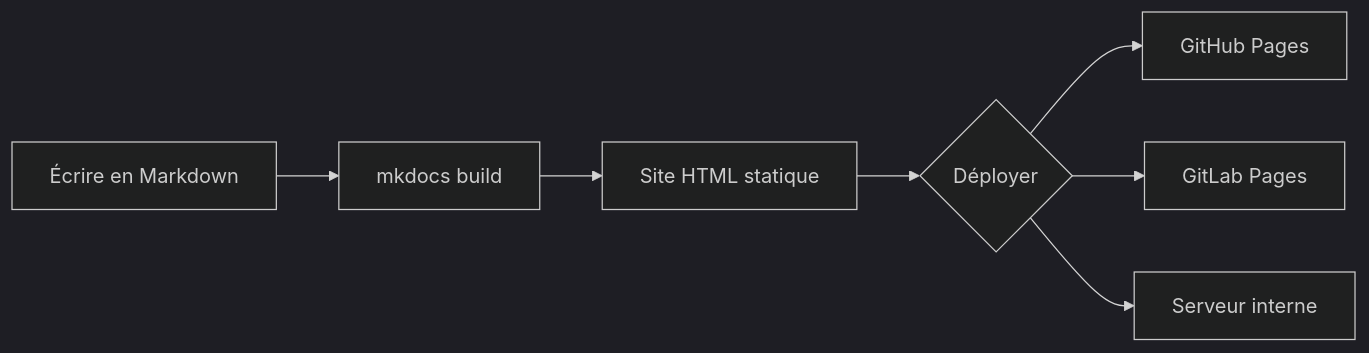
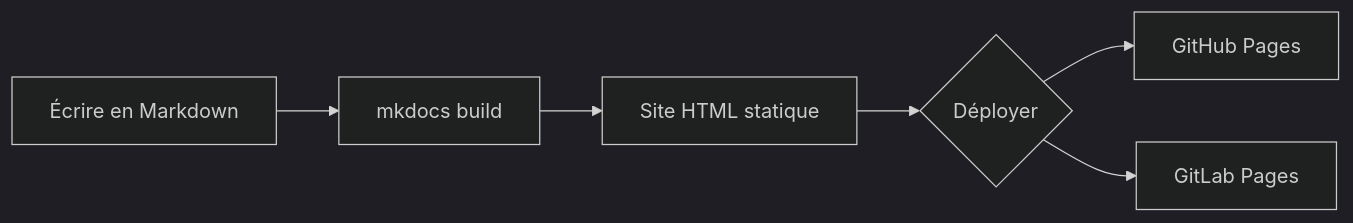
The diagram in docs/Utilitaire/mkdocs/index.md (VivierCyril/DevDocs), drawn with Mermaid (dark theme) before and after one commit. The commit also changed other lines of this file and 38 other files, not shown here.

````diff
--- a/docs/Utilitaire/mkdocs/index.md
+++ b/docs/Utilitaire/mkdocs/index.md
@@ -44,9 +401,8 @@
 ```mermaid
 graph LR
     A[Écrire en Markdown] --> B[mkdocs build]
     B --> C[Site HTML statique]
     C --> D{Déployer}
     D --> E[GitHub Pages]
     D --> F[GitLab Pages]
-    D --> G[Serveur interne]
 ```
````
